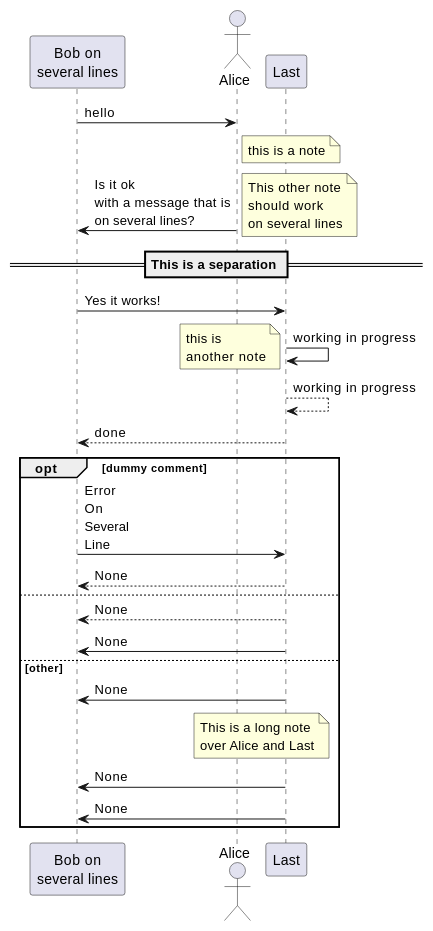
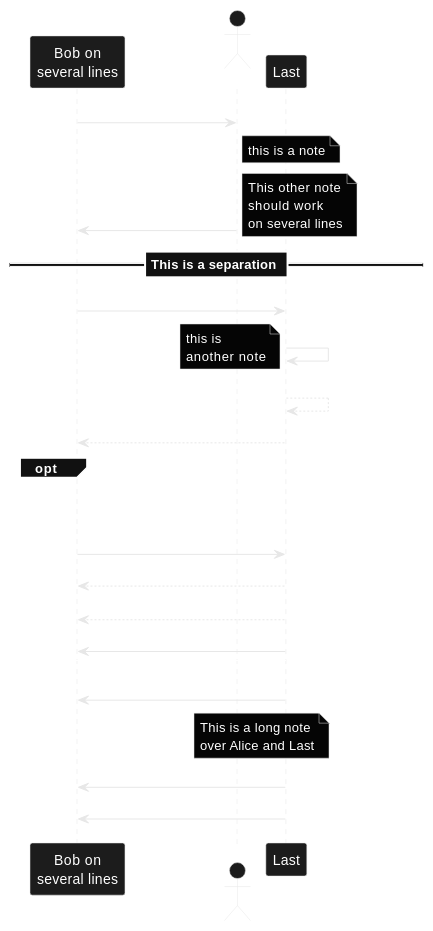
One commit to zamlz/dotfiles changed the diagram in plantuml.org. Above: the diagram before and after it, drawn with PlantUML. The commit also changed other lines of this file and 2 other files, not shown here.

Commit message:
Updated uml

```diff
--- a/plantuml.org
+++ b/plantuml.org
@@ -13,47 +13,49 @@
-#+begin_src plantuml :file ./data/plantuml_test.svg
+#+begin_src plantuml :file ./data/plantuml_test.png :exports results
 @startuml
 'hide footbox
+skinparam backgroundcolor transparent
+skinparam monochrome reverse
 
 participant "Bob on\nseveral lines" as Bob
 actor Alice
 
 Bob -> Alice : hello
 note right of Alice
   this is a note
 end note
 
 Alice -> Bob : Is it ok\nwith a message that is\non several lines?
 
 note right
   This other note
   should work
   on several lines
 end note
 
 == This is a separation ==
 
 Bob -> Last : Yes it works!
 Last -> Last : working in progress
 note left : this is\nanother note
 
 Last --> Last : working in progress
 
 Last --> Bob : done
 
 opt dummy comment
   Bob -> Last : Error\nOn\nSeveral\nLine
   Last --> Bob : None
 else
   Last --> Bob : None
   Last -> Bob : None
 else other
   Last -> Bob : None
   note over Alice, Last
     This is a long note
     over Alice and Last
   end note
   Last -> Bob : None
   Last -> Bob : None
 end
 @enduml
 #+end_src
```
